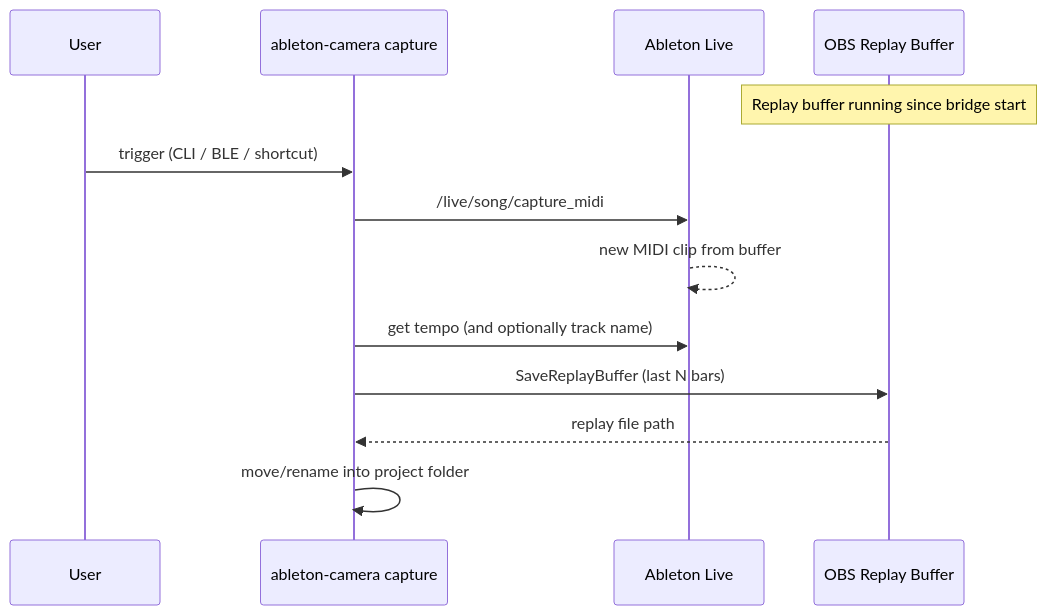
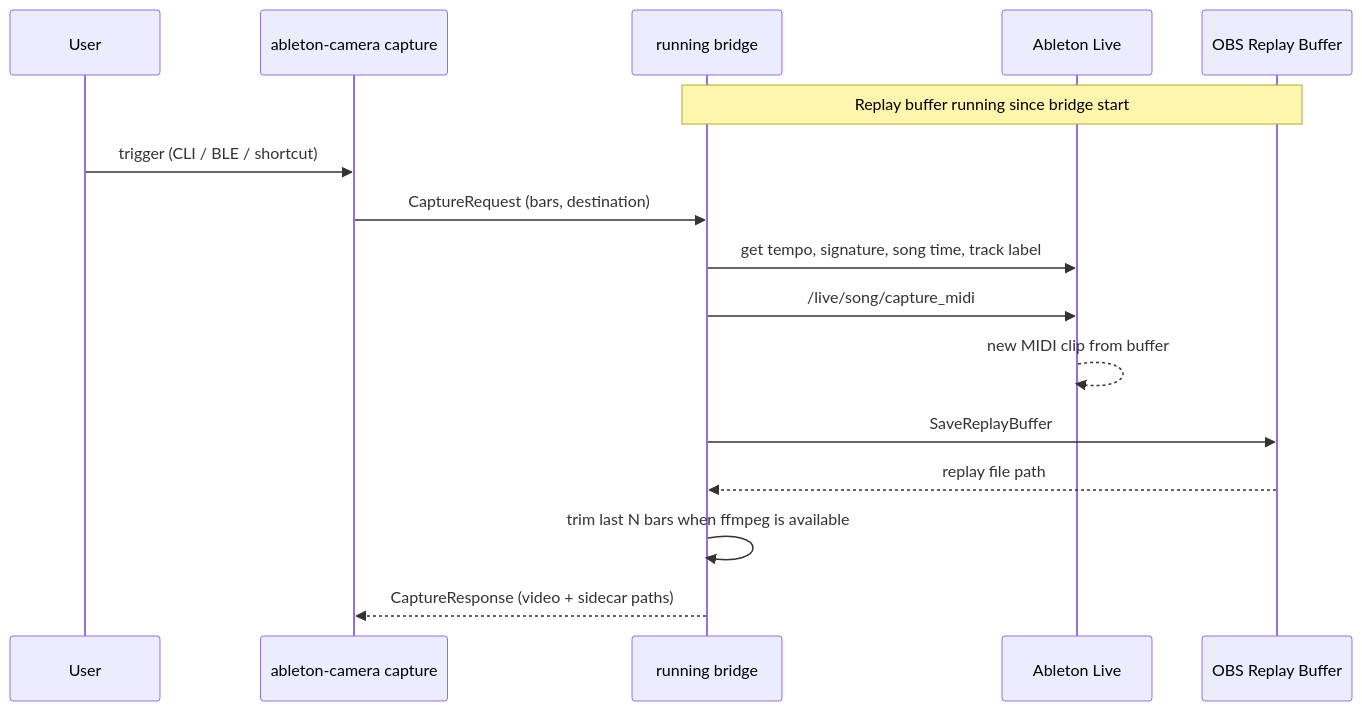
Before and after one commit to jakespracher/ableton-camera: the diagram in docs/CAPTURE_MIDI.md, drawn with Mermaid. The commit also changed other lines of this file and 3 other files, not shown here.

Commit message:
Document replay buffer MIDI capture

````diff
--- a/docs/CAPTURE_MIDI.md
+++ b/docs/CAPTURE_MIDI.md
@@ -106,16 +107,19 @@
 ```mermaid
 sequenceDiagram
   participant User
   participant CLI as ableton-camera capture
+  participant Bridge as running bridge
   participant Live as Ableton Live
   participant OBS as OBS Replay Buffer
 
-  Note over OBS: Replay buffer running since bridge start
+  Note over Bridge,OBS: Replay buffer running since bridge start
   User->>CLI: trigger (CLI / BLE / shortcut)
-  CLI->>Live: /live/song/capture_midi
+  CLI->>Bridge: CaptureRequest (bars, destination)
+  Bridge->>Live: get tempo, signature, song time, track label
+  Bridge->>Live: /live/song/capture_midi
   Live-->>Live: new MIDI clip from buffer
-  CLI->>Live: get tempo (and optionally track name)
-  CLI->>OBS: SaveReplayBuffer (last N bars)
-  OBS-->>CLI: replay file path
-  CLI->>CLI: move/rename into project folder
+  Bridge->>OBS: SaveReplayBuffer
+  OBS-->>Bridge: replay file path
+  Bridge->>Bridge: trim last N bars when ffmpeg is available
+  Bridge-->>CLI: CaptureResponse (video + sidecar paths)
 ```
````
